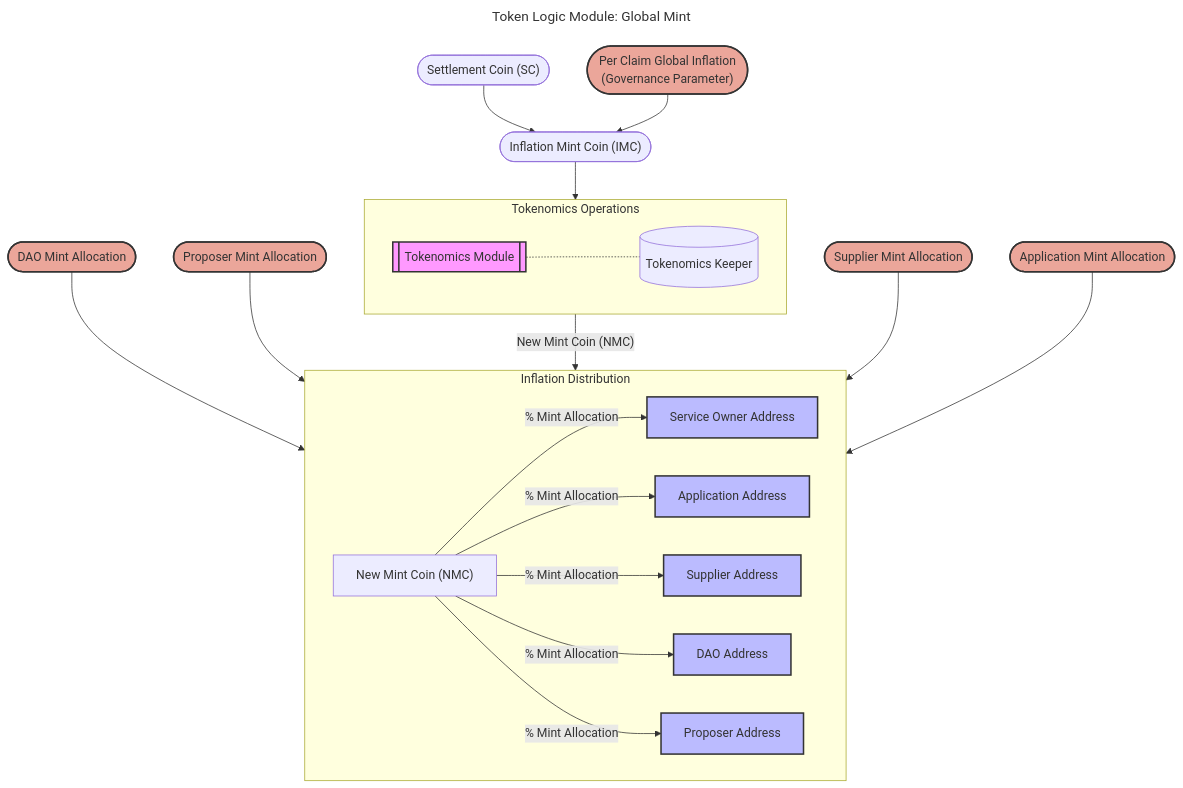
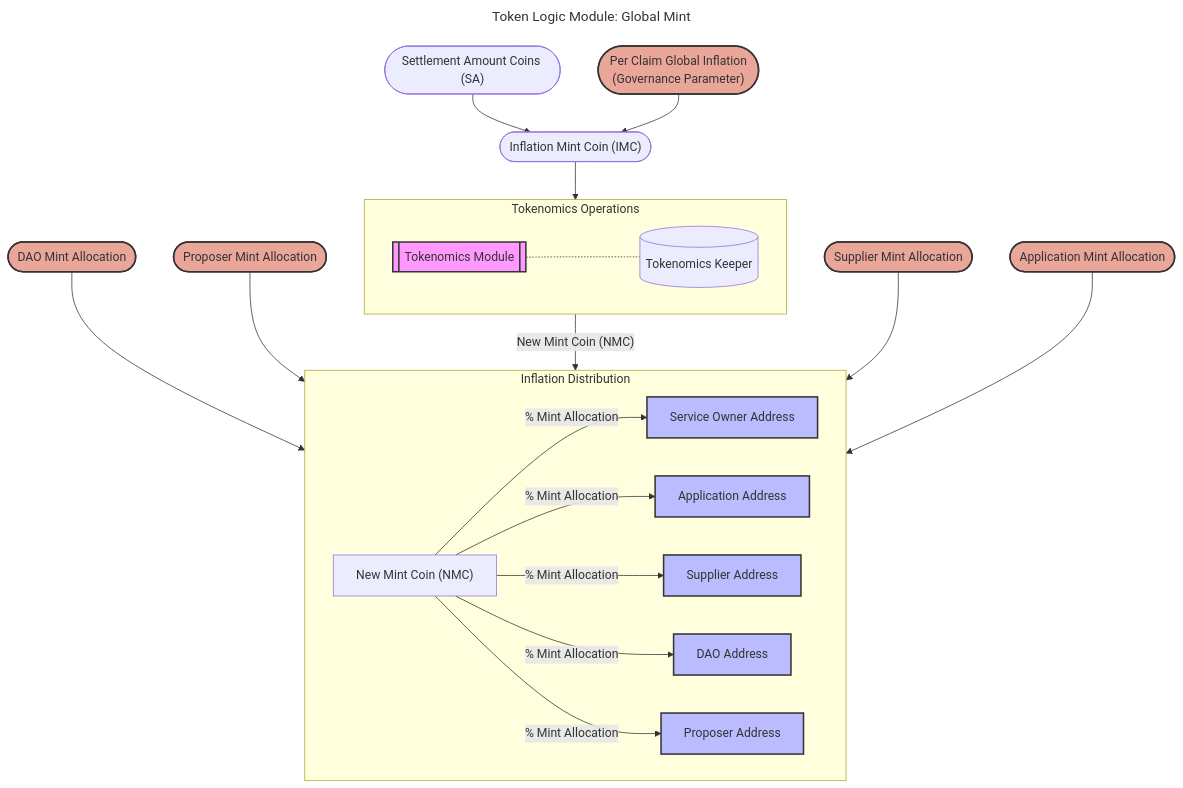
One commit to pokt-network/poktroll changed the third of 4 diagrams in docusaurus/docs/protocol/tokenomics/token_logic_modules.md. Above: the diagram before and after it, drawn with Mermaid.

````diff
--- a/docusaurus/docs/protocol/tokenomics/token_logic_modules.md
+++ b/docusaurus/docs/protocol/tokenomics/token_logic_modules.md
@@ -178,58 +178,58 @@
 ```mermaid
 ---
 title: "Token Logic Module: Global Mint"
 ---
 flowchart TD
-    SC(["Settlement Coin (SC)"])
+    SC(["Settlement Amount Coins (SA)"])
     PCI(["Per Claim Global Inflation <br> (Governance Parameter)"])
     IMC(["Inflation Mint Coin (IMC)"])
 
     DA(["DAO Mint Allocation"])
     PA(["Proposer Mint Allocation"])
     SA(["Supplier Mint Allocation"])
     SOA(["Source Owner Mint Allocation"])
     AA(["Application Mint Allocation"])
 
 
     SC --> IMC
     PCI --> IMC
     IMC --> TO
 
     subgraph TO[Tokenomics Operations]
         TM[[Tokenomics Module]]
         TK[(Tokenomics Keeper)]
         TM -..- TK
     end
 
 
     DA --> ID
     PA --> ID
     TO -- New Mint Coin (NMC)--> ID
     SA --> ID
     AA --> ID
 
     subgraph ID[Inflation Distribution]
         NMC["New Mint Coin (NMC)"]
         APPA["Application Address"]
         SPPA["Supplier Address"]
         DAOA["DAO Address"]
         SOA["Service Owner Address"]
         PRA["Proposer Address"]
 
         NMC -->|% Mint Allocation| APPA
         NMC -->|% Mint Allocation| SPPA
         NMC -->|% Mint Allocation| DAOA
         NMC -->|% Mint Allocation| SOA
         NMC -->|% Mint Allocation| PRA
     end
 
     classDef module fill:#f9f,stroke:#333,stroke-width:2px;
     classDef address fill:#bbf,stroke:#333,stroke-width:2px;
     classDef question fill:#e3db6d,stroke:#333,stroke-width:2px;
     classDef govparam fill:#eba69a,stroke:#333,stroke-width:2px;
     classDef event fill:#e8b761,stroke:#333,stroke-width:2px;
 
     class TM module;
     class PCI,DA,PA,SA,AA govparam;
     class APPA,SPPA,DAOA,SOA,PRA address;
 ```
````
